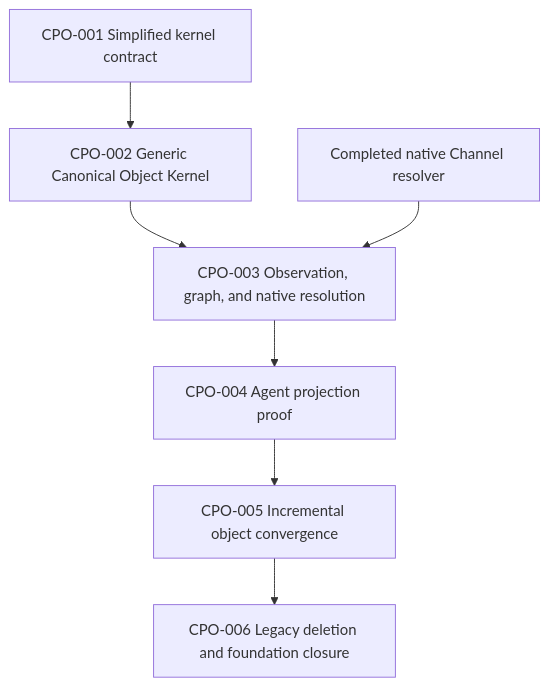
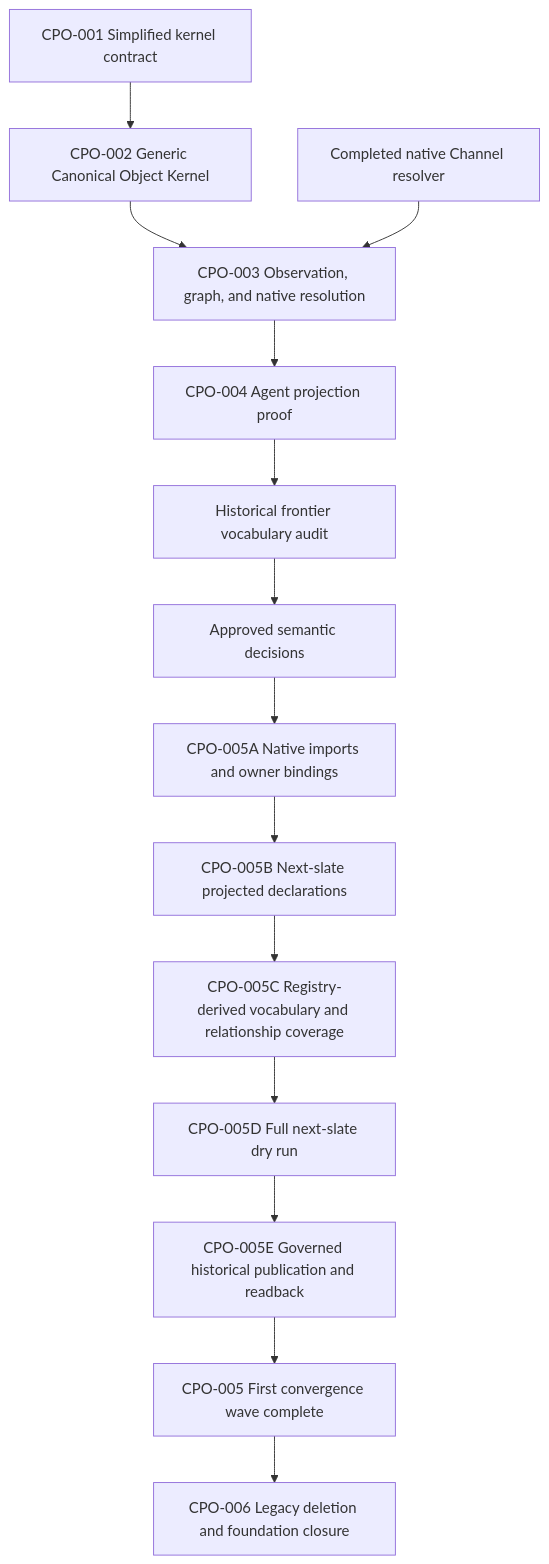
Before and after one commit to Napageneral/nexus-monorepo: the diagram in docs/workplans/canonical-projected-object-migration-board/README.md, drawn with Mermaid. The commit also changed other lines of this file and 7 other files, not shown here.

Commit message:
feat(objects): start historical-first convergence

````diff
--- a/docs/workplans/canonical-projected-object-migration-board/README.md
+++ b/docs/workplans/canonical-projected-object-migration-board/README.md
@@ -95,9 +97,16 @@
 ```mermaid
 flowchart TD
     CPO001[CPO-001 Simplified kernel contract] --> CPO002[CPO-002 Generic Canonical Object Kernel]
     CPO002 --> CPO003[CPO-003 Observation, graph, and native resolution]
     Channel[Completed native Channel resolver] --> CPO003
     CPO003 --> CPO004[CPO-004 Agent projection proof]
-    CPO004 --> CPO005[CPO-005 Incremental object convergence]
+    CPO004 --> AUDIT[Historical frontier vocabulary audit]
+    AUDIT --> DECISIONS[Approved semantic decisions]
+    DECISIONS --> CPO005A[CPO-005A Native imports and owner bindings]
+    CPO005A --> CPO005B[CPO-005B Next-slate projected declarations]
+    CPO005B --> CPO005C[CPO-005C Registry-derived vocabulary and relationship coverage]
+    CPO005C --> CPO005D[CPO-005D Full next-slate dry run]
+    CPO005D --> CPO005E[CPO-005E Governed historical publication and readback]
+    CPO005E --> CPO005[CPO-005 First convergence wave complete]
     CPO005 --> CPO006[CPO-006 Legacy deletion and foundation closure]
 ```
````
